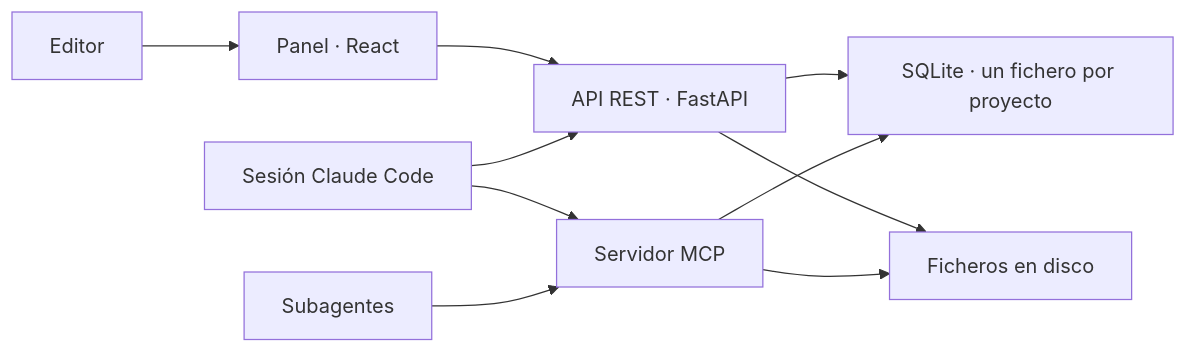
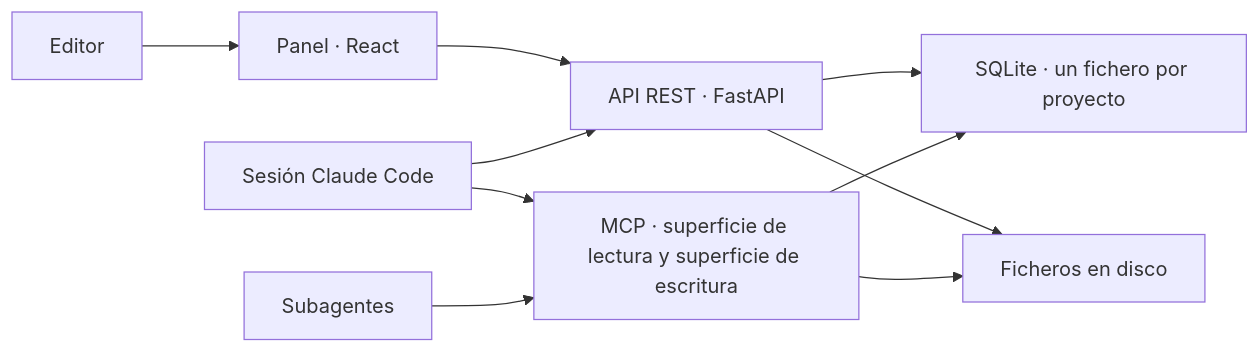
The first of 2 diagrams in specs/spec1.md (Asieribarz/my-story-marker), drawn with Mermaid before and after one commit. The commit also changed other lines of this file and 5 other files, not shown here.

````diff
--- a/specs/spec1.md
+++ b/specs/spec1.md
@@ -77,12 +82,12 @@
 ```mermaid
 flowchart LR
   ED["Editor"] --> PAN["Panel · React"]
   PAN --> API["API REST · FastAPI"]
-  CC["Sesión Claude Code"] --> MCP["Servidor MCP"]
+  CC["Sesión Claude Code"] --> MCP["MCP · superficie de lectura y superficie de escritura"]
   CC --> API
   API --> DB["SQLite · un fichero por proyecto"]
   MCP --> DB
   API --> FS["Ficheros en disco"]
   MCP --> FS
   SUB["Subagentes"] --> MCP
 ```
````
